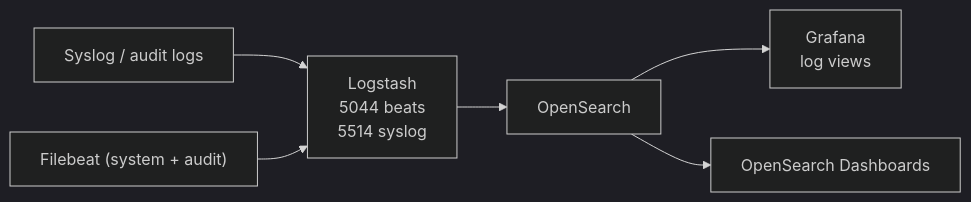
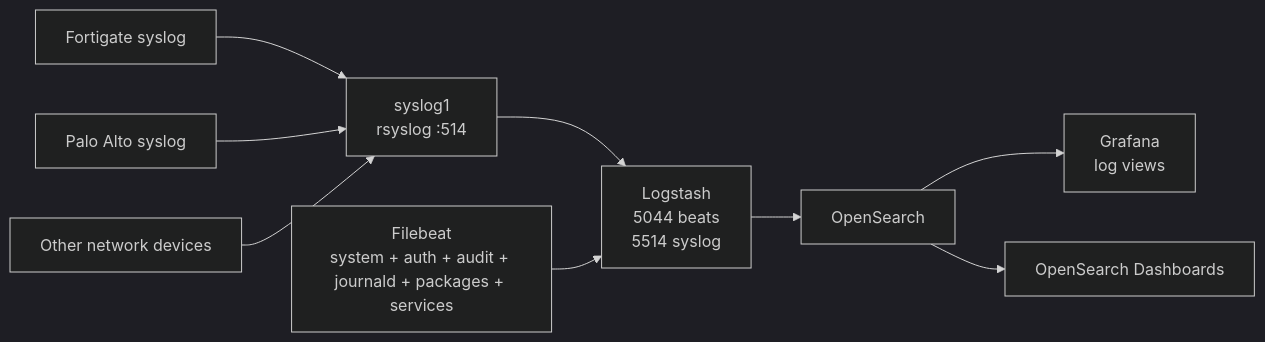
The second of 2 diagrams in docs/monitoring-platform.md (larsj96/az-static-web-app-docs), drawn with Mermaid (dark theme) before and after one commit. The commit also changed other lines of this file and 2 other files, not shown here.

````diff
--- a/docs/monitoring-platform.md
+++ b/docs/monitoring-platform.md
@@ -206,8 +209,11 @@
 ```mermaid
 flowchart LR
-  syslog["Syslog / audit logs"] --> logstash["Logstash\n5044 beats\n5514 syslog"]
-  beats["Filebeat (system + audit)"] --> logstash
+  fgt["Fortigate syslog"] --> syslog1["syslog1\nrsyslog :514"]
+  palo["Palo Alto syslog"] --> syslog1
+  net["Other network devices"] --> syslog1
+  syslog1 --> logstash["Logstash\n5044 beats\n5514 syslog"]
+  beats["Filebeat\nsystem + auth + audit + journald + packages + services"] --> logstash
   logstash --> os["OpenSearch"]
   os --> grafana["Grafana\nlog views"]
   os --> dash["OpenSearch Dashboards"]
 ```
````
